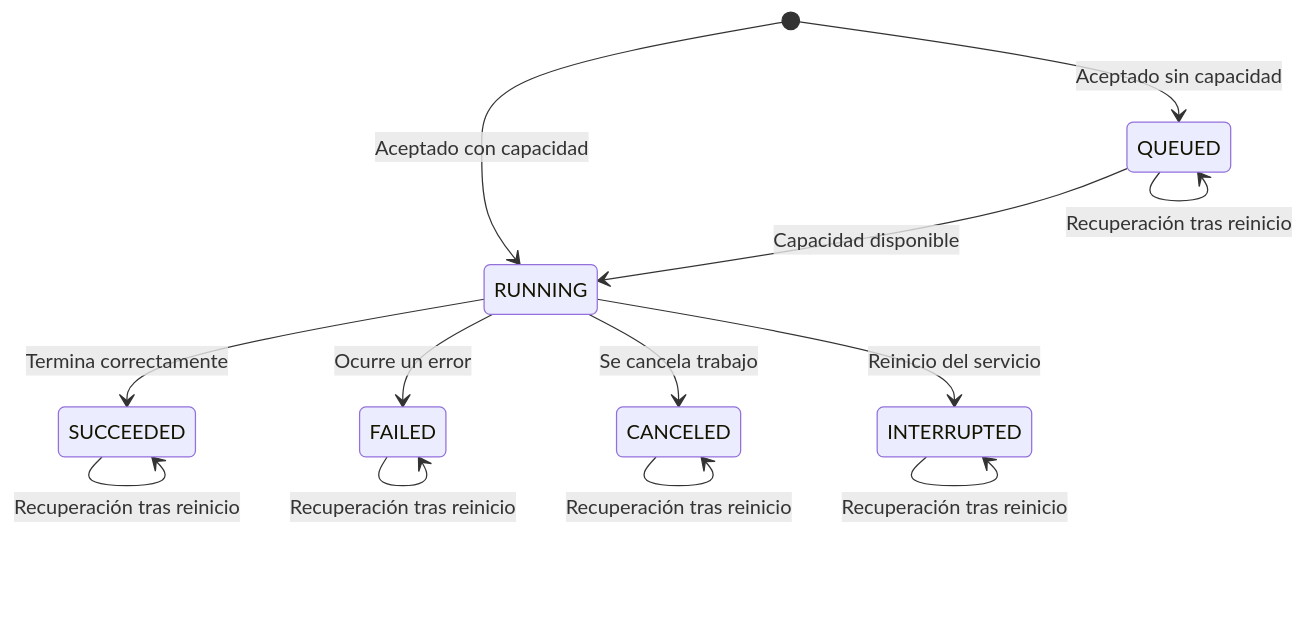
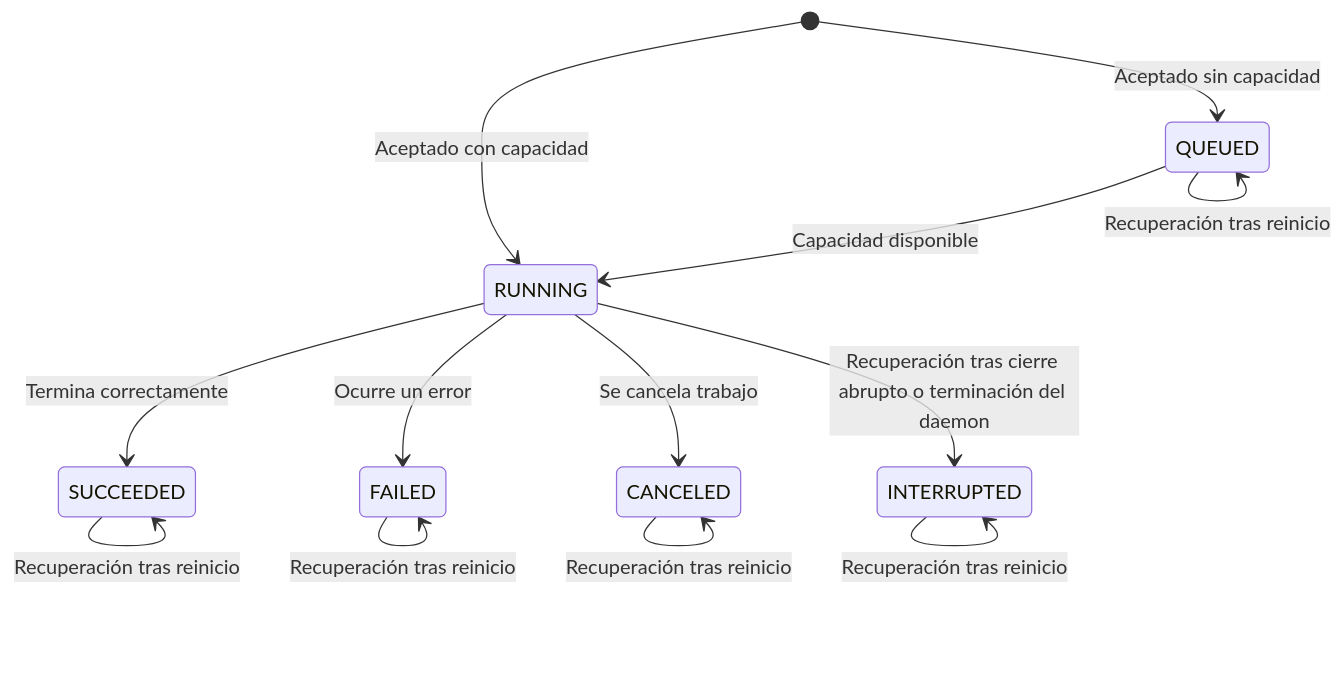
Before and after one commit to Eric-k-Lataa/speedyG: the diagram in docs/technical-guide/state-machine.md, drawn with Mermaid. The commit also changed other lines of this file and 8 other files, not shown here.

````diff
--- a/docs/technical-guide/state-machine.md
+++ b/docs/technical-guide/state-machine.md
@@ -38,21 +43,21 @@
 ```mermaid
 stateDiagram-v2
     direction TB
 
     [*] --> QUEUED: Aceptado sin capacidad
     [*] --> RUNNING: Aceptado con capacidad
 
     QUEUED --> RUNNING: Capacidad disponible
 
     RUNNING --> SUCCEEDED: Termina correctamente
     RUNNING --> FAILED: Ocurre un error
     RUNNING --> CANCELED: Se cancela trabajo
-    RUNNING --> INTERRUPTED: Reinicio del servicio
+    RUNNING --> INTERRUPTED: Recuperación tras cierre abrupto o terminación del daemon
 
     QUEUED --> QUEUED: Recuperación tras reinicio
     SUCCEEDED --> SUCCEEDED: Recuperación tras reinicio
     FAILED --> FAILED: Recuperación tras reinicio
     CANCELED --> CANCELED: Recuperación tras reinicio
     INTERRUPTED --> INTERRUPTED: Recuperación tras reinicio
 
 ```
````
